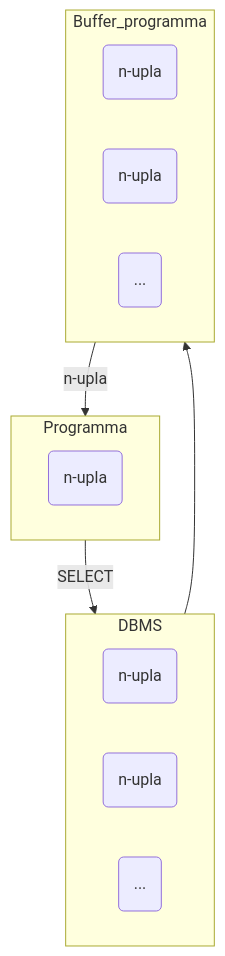
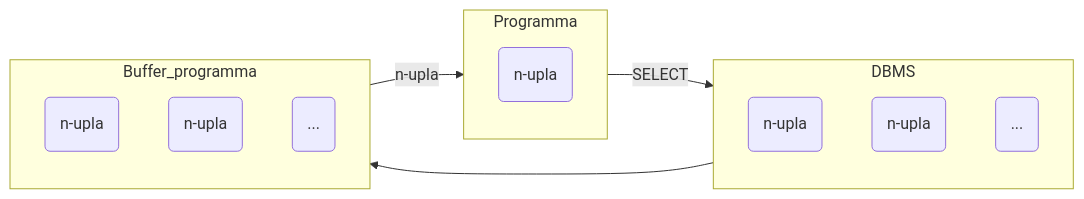
Before and after one commit to MarkGotLasagna/basi: the third of 3 diagrams in TEORIA/MARKDOWN/CAP6_SQL_NEI_LINGUAGGI.md, drawn with Mermaid. The commit also changed 20 other files, not shown here.

````diff
--- a/TEORIA/MARKDOWN/CAP6_SQL_NEI_LINGUAGGI.md
+++ b/TEORIA/MARKDOWN/CAP6_SQL_NEI_LINGUAGGI.md
@@ -85,19 +85,19 @@
 ```mermaid
-flowchart TB
+flowchart LR
 	subgraph Programma
 		a1(n-upla)
 	end
 	subgraph DBMS
 		a2(n-upla)
 		a3(n-upla)
 		a4(...)
 	end
 	subgraph Buffer_programma
 		a5(n-upla)
 		a6(n-upla)
 		a7(...)
 	end
 	Programma -- SELECT --> DBMS
 	DBMS --> Buffer_programma
 	Buffer_programma -- n-upla --> Programma
 ```
````
